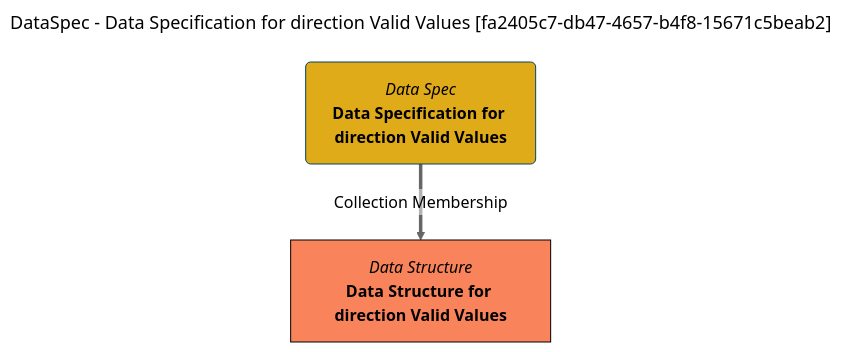
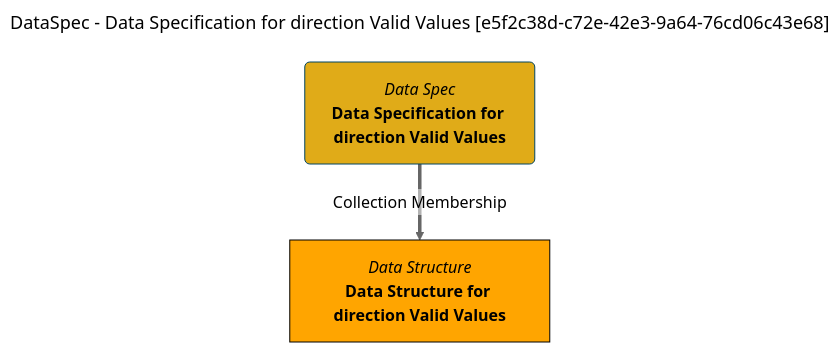
The diagram in site/snippets/collections/data-specs/data-specification-for-direction-valid-values-mermaid-graph.md (odpi/egeria-docs), drawn with Mermaid (neutral theme) before and after one commit. The commit also changed 2201 other files, not shown here.

````diff
--- a/site/snippets/collections/data-specs/data-specification-for-direction-valid-values-mermaid-graph.md
+++ b/site/snippets/collections/data-specs/data-specification-for-direction-valid-values-mermaid-graph.md
@@ -1,15 +1,15 @@
 ```mermaid
 ---
-title: DataSpec - Data Specification for direction Valid Values [fa2405c7-db47-4657-b4f8-15671c5beab2]
+title: DataSpec - Data Specification for direction Valid Values [e5f2c38d-c72e-42e3-9a64-76cd06c43e68]
 ---
 flowchart TD
 %%{init: {"flowchart": {"htmlLabels": false}} }%%
 
 1@{ shape: rounded, label: "*Data Spec*
 **Data Specification for direction Valid Values**"}
 2@{ shape: rect, label: "*Data Structure*
 **Data Structure for direction Valid Values**"}
 1==>|"Collection Membership"|2
 style 1 color:#000000, fill:#e0ab18, stroke:#004563
-style 2 color:#000000, fill:#f9845b, stroke:#000000
+style 2 color:#000000, fill:#FFA500, stroke:#000000
 ```
````
